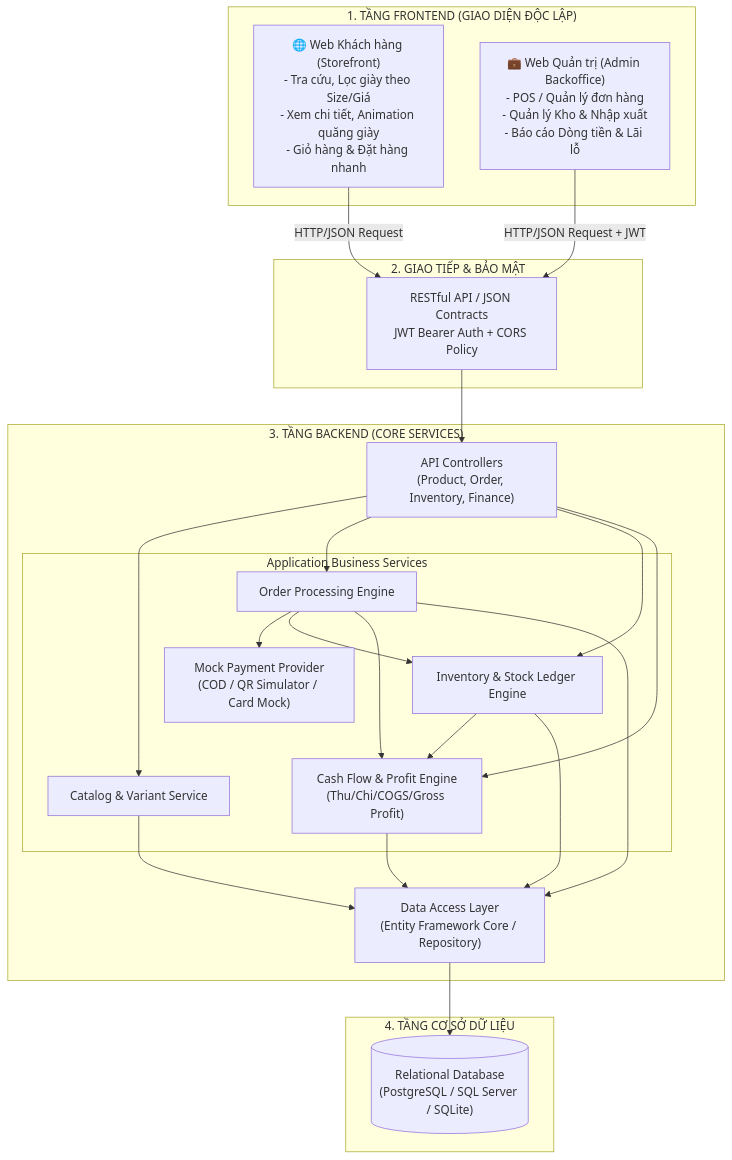
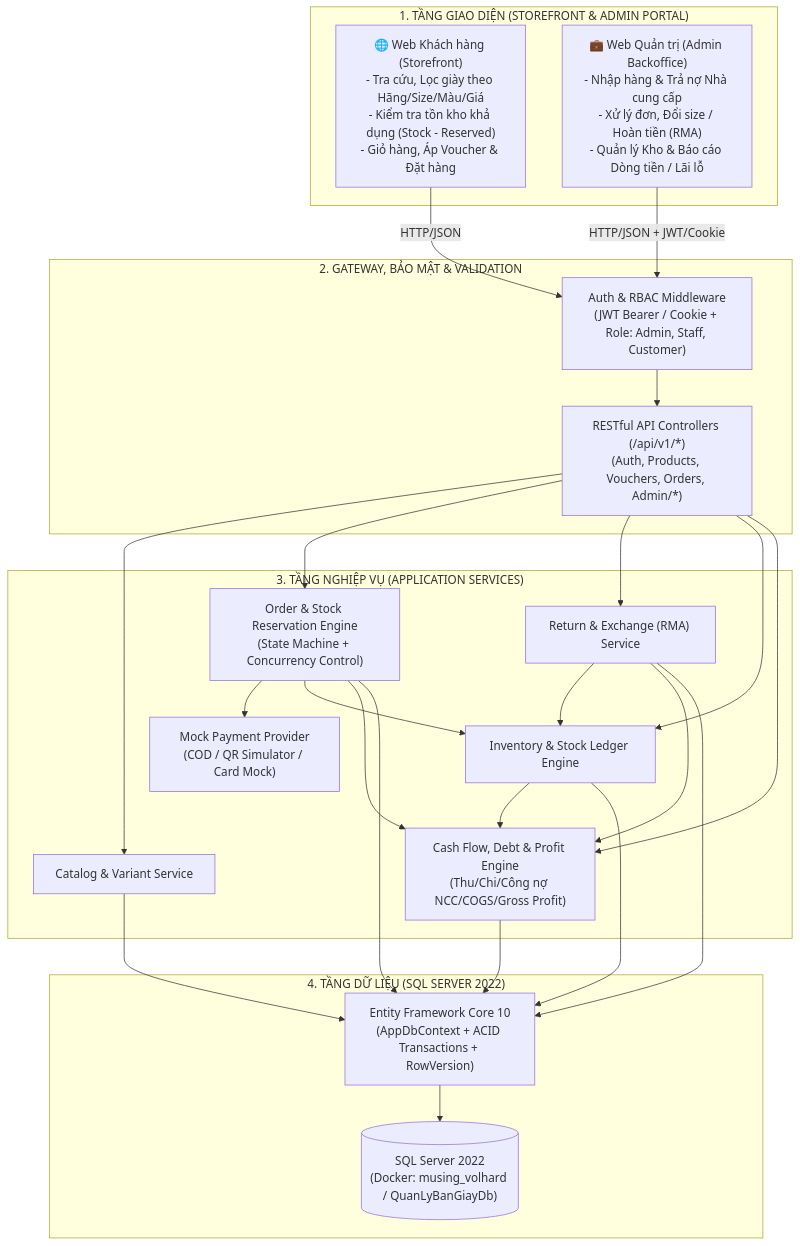
One commit to jtuongdang/web-giay-the-thao changed the diagram in docs/01_ARCHITECTURE_OVERVIEW.md. Above: the diagram before and after it, drawn with Mermaid. The commit also changed other lines of this file and 4 other files, not shown here.

Commit message:
docs: standardize architecture, SQL Server schema, RMA, reservation & AI dispatch roadmap

````diff
--- a/docs/01_ARCHITECTURE_OVERVIEW.md
+++ b/docs/01_ARCHITECTURE_OVERVIEW.md
@@ -19,47 +24,48 @@
 ```mermaid
 graph TD
-    subgraph ClientLayer ["1. TẦNG FRONTEND (GIAO DIỆN ĐỘC LẬP)"]
-        Storefront["🌐 Web Khách hàng (Storefront)<br/>- Tra cứu, Lọc giày theo Size/Giá<br/>- Xem chi tiết, Animation quăng giày<br/>- Giỏ hàng & Đặt hàng nhanh"]
-        AdminPortal["💼 Web Quản trị (Admin Backoffice)<br/>- POS / Quản lý đơn hàng<br/>- Quản lý Kho & Nhập xuất<br/>- Báo cáo Dòng tiền & Lãi lỗ"]
+    subgraph ClientLayer ["1. TẦNG GIAO DIỆN (STOREFRONT & ADMIN PORTAL)"]
+        Storefront["🌐 Web Khách hàng (Storefront)<br/>- Tra cứu, Lọc giày theo Hãng/Size/Màu/Giá<br/>- Kiểm tra tồn kho khả dụng (Stock - Reserved)<br/>- Giỏ hàng, Áp Voucher & Đặt hàng"]
+        AdminPortal["💼 Web Quản trị (Admin Backoffice)<br/>- Nhập hàng & Trả nợ Nhà cung cấp<br/>- Xử lý đơn, Đổi size / Hoàn tiền (RMA)<br/>- Quản lý Kho & Báo cáo Dòng tiền / Lãi lỗ"]
     end
 
-    subgraph Gateway ["2. GIAO TIẾP & BẢO MẬT"]
-        RestAPI["RESTful API / JSON Contracts<br/>JWT Bearer Auth + CORS Policy"]
+    subgraph SecurityLayer ["2. GATEWAY, BẢO MẬT & VALIDATION"]
+        AuthRBAC["Auth & RBAC Middleware<br/>(JWT Bearer / Cookie + Role: Admin, Staff, Customer)"]
+        RestAPI["RESTful API Controllers (/api/v1/*)<br/>(Auth, Products, Vouchers, Orders, Admin/*)"]
     end
 
-    subgraph BackendLayer ["3. TẦNG BACKEND (CORE SERVICES)"]
-        APIController["API Controllers<br/>(Product, Order, Inventory, Finance)"]
-        
-        subgraph BusinessServices ["Application Business Services"]
-            CatalogService["Catalog & Variant Service"]
-            OrderService["Order Processing Engine"]
-            PaymentMock["Mock Payment Provider<br/>(COD / QR Simulator / Card Mock)"]
-            InventoryService["Inventory & Stock Ledger Engine"]
-            CashFlowService["Cash Flow & Profit Engine<br/>(Thu/Chi/COGS/Gross Profit)"]
-        end
-        
-        EFCore["Data Access Layer<br/>(Entity Framework Core / Repository)"]
+    subgraph BusinessServices ["3. TẦNG NGHIỆP VỤ (APPLICATION SERVICES)"]
+        CatalogService["Catalog & Variant Service"]
+        OrderService["Order & Stock Reservation Engine<br/>(State Machine + Concurrency Control)"]
+        RmaService["Return & Exchange (RMA) Service"]
+        PaymentMock["Mock Payment Provider<br/>(COD / QR Simulator / Card Mock)"]
+        InventoryService["Inventory & Stock Ledger Engine"]
+        CashFlowService["Cash Flow, Debt & Profit Engine<br/>(Thu/Chi/Công nợ NCC/COGS/Gross Profit)"]
     end
 
-    subgraph DataLayer ["4. TẦNG CƠ SỞ DỮ LIỆU"]
-        Database[("Relational Database<br/>(PostgreSQL / SQL Server / SQLite)")]
+    subgraph DataLayer ["4. TẦNG DỮ LIỆU (SQL SERVER 2022)"]
+        EFCore["Entity Framework Core 10<br/>(AppDbContext + ACID Transactions + RowVersion)"]
+        Database[("SQL Server 2022<br/>(Docker: musing_volhard / QuanLyBanGiayDb)")]
     end
 
-    Storefront -->|HTTP/JSON Request| RestAPI
-    AdminPortal -->|HTTP/JSON Request + JWT| RestAPI
-    RestAPI --> APIController
-    APIController --> CatalogService
-    APIController --> OrderService
-    APIController --> InventoryService
-    APIController --> CashFlowService
+    Storefront -->|HTTP/JSON| AuthRBAC
+    AdminPortal -->|HTTP/JSON + JWT/Cookie| AuthRBAC
+    AuthRBAC --> RestAPI
+    RestAPI --> CatalogService
+    RestAPI --> OrderService
+    RestAPI --> RmaService
+    RestAPI --> InventoryService
+    RestAPI --> CashFlowService
     OrderService --> PaymentMock
     OrderService --> InventoryService
     OrderService --> CashFlowService
+    RmaService --> InventoryService
+    RmaService --> CashFlowService
     InventoryService --> CashFlowService
-    
+
     CatalogService --> EFCore
     OrderService --> EFCore
+    RmaService --> EFCore
     InventoryService --> EFCore
     CashFlowService --> EFCore
     EFCore --> Database
 ```
````
